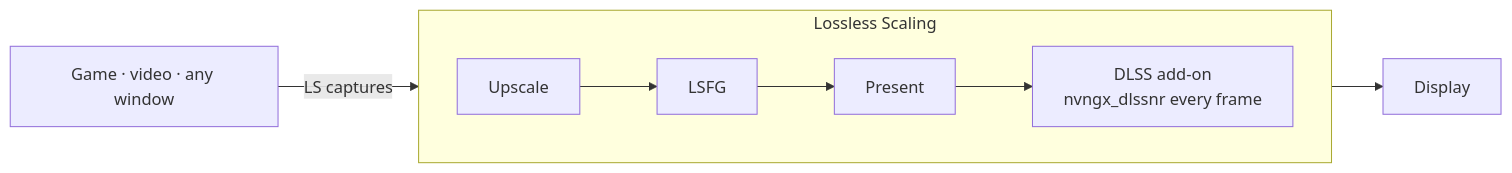
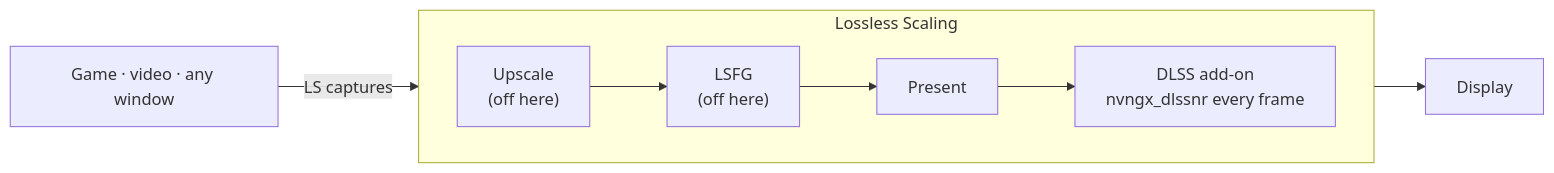
Before and after one commit to Won-Cafe/dlss5-anywhere: the diagram in README.md, drawn with Mermaid. The commit also changed other lines of this file and 5 other files, not shown here.

````diff
--- a/README.md
+++ b/README.md
@@ -214,10 +208,10 @@
 ```mermaid
 flowchart LR
     SRC["Game · video · any window"] -->|"LS captures"| UP
     subgraph LS["Lossless Scaling"]
         direction LR
-        UP["Upscale"] --> FG["LSFG"] --> PR["Present"]
+        UP["Upscale<br/>(off here)"] --> FG["LSFG<br/>(off here)"] --> PR["Present"]
         PR --> NR["DLSS add-on<br/>nvngx_dlssnr every frame"]
     end
     NR --> OUT["Display"]
 ```
````
